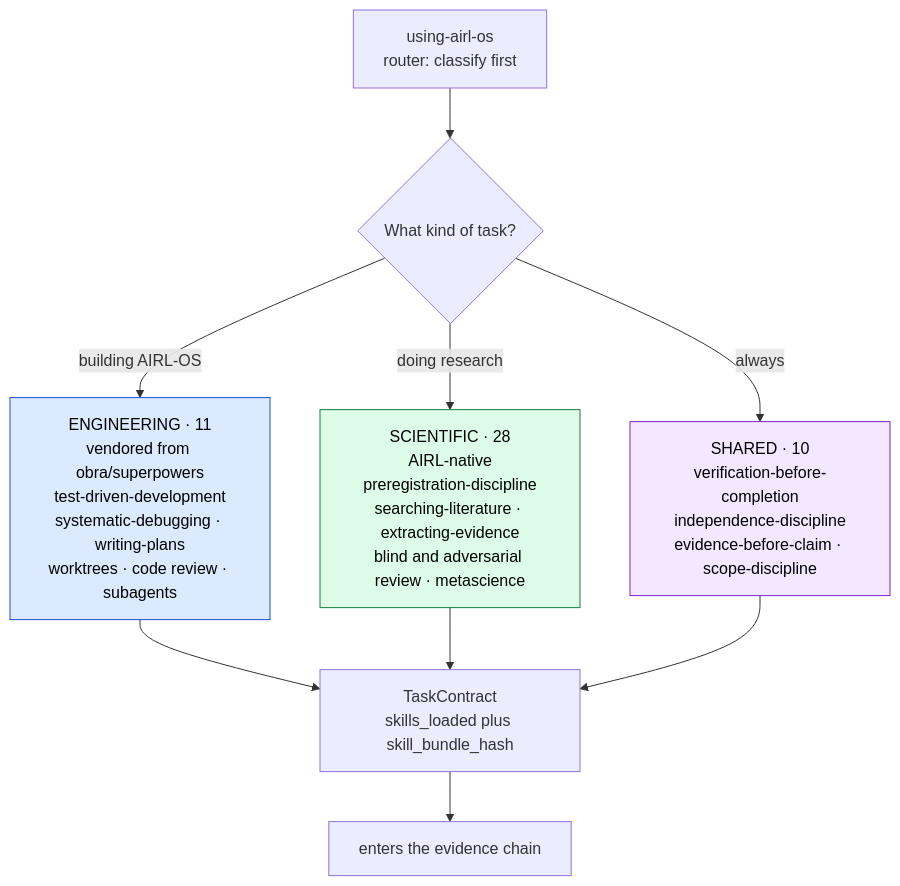
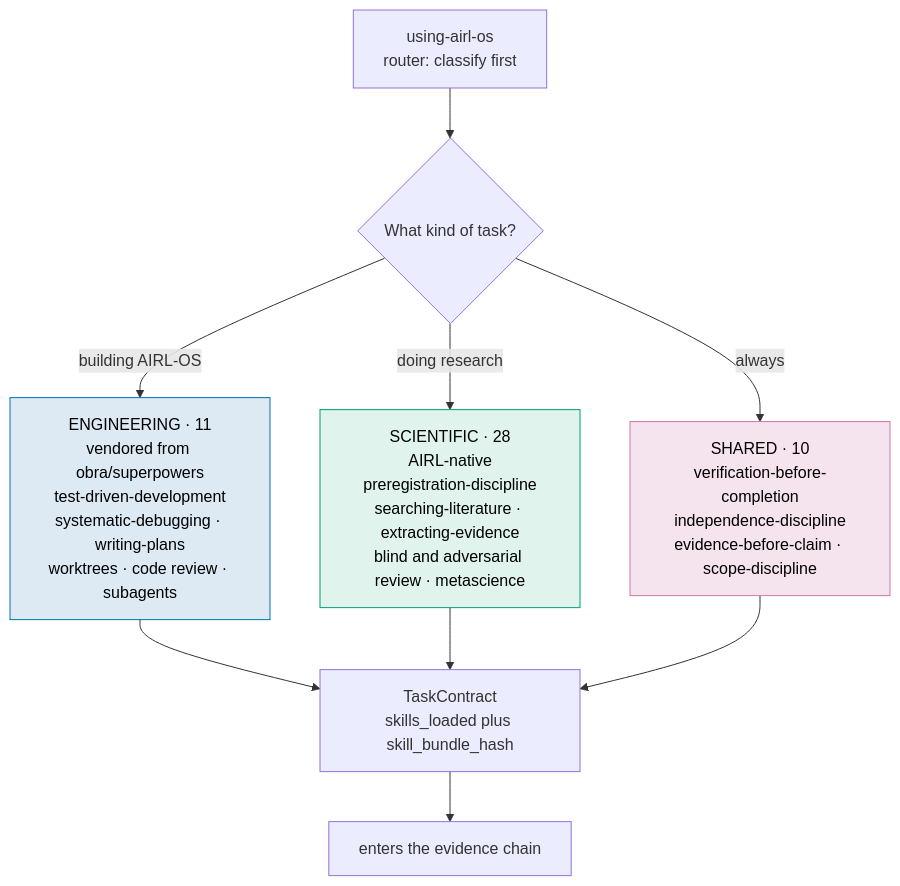
The ninth of 16 diagrams in README.md (furkanhanilci/AETHRION), drawn with Mermaid before and after one commit. The commit also changed other lines of this file and 32 other files, not shown here.

````diff
--- a/README.md
+++ b/README.md
@@ -320,15 +373,15 @@
 ```mermaid
 flowchart TD
     R["using-airl-os<br/>router: classify first"]
     R --> Q{"What kind of task?"}
     Q -->|"building AIRL-OS"| ENG["ENGINEERING · 11<br/>vendored from obra/superpowers<br/>test-driven-development<br/>systematic-debugging · writing-plans<br/>worktrees · code review · subagents"]
     Q -->|"doing research"| SCI["SCIENTIFIC · 28<br/>AIRL-native<br/>preregistration-discipline<br/>searching-literature · extracting-evidence<br/>blind and adversarial review · metascience"]
     Q -->|"always"| SH["SHARED · 10<br/>verification-before-completion<br/>independence-discipline<br/>evidence-before-claim · scope-discipline"]
     ENG --> TC["TaskContract<br/>skills_loaded plus skill_bundle_hash"]
     SCI --> TC
     SH --> TC
     TC --> EV["enters the evidence chain"]
-    style ENG fill:#dbeafe,stroke:#1d4ed8,color:#000
-    style SCI fill:#dcfce7,stroke:#15803d,color:#000
-    style SH fill:#f3e8ff,stroke:#7e22ce,color:#000
+    style ENG fill:#DDEAF4,stroke:#0072B2,color:#000
+    style SCI fill:#E0F3EC,stroke:#009E73,color:#000
+    style SH fill:#F5E4EE,stroke:#CC79A7,color:#000
 ```
````
